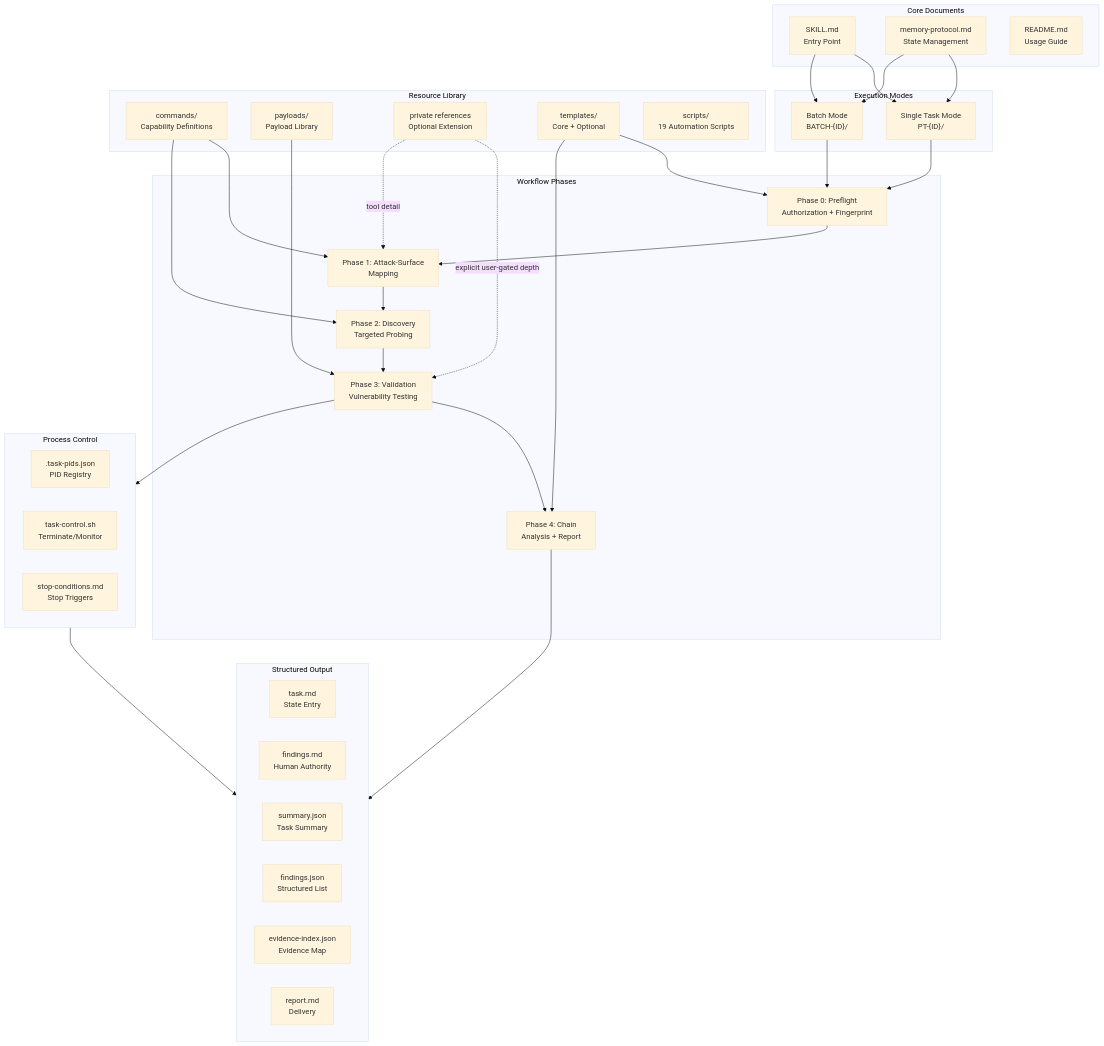
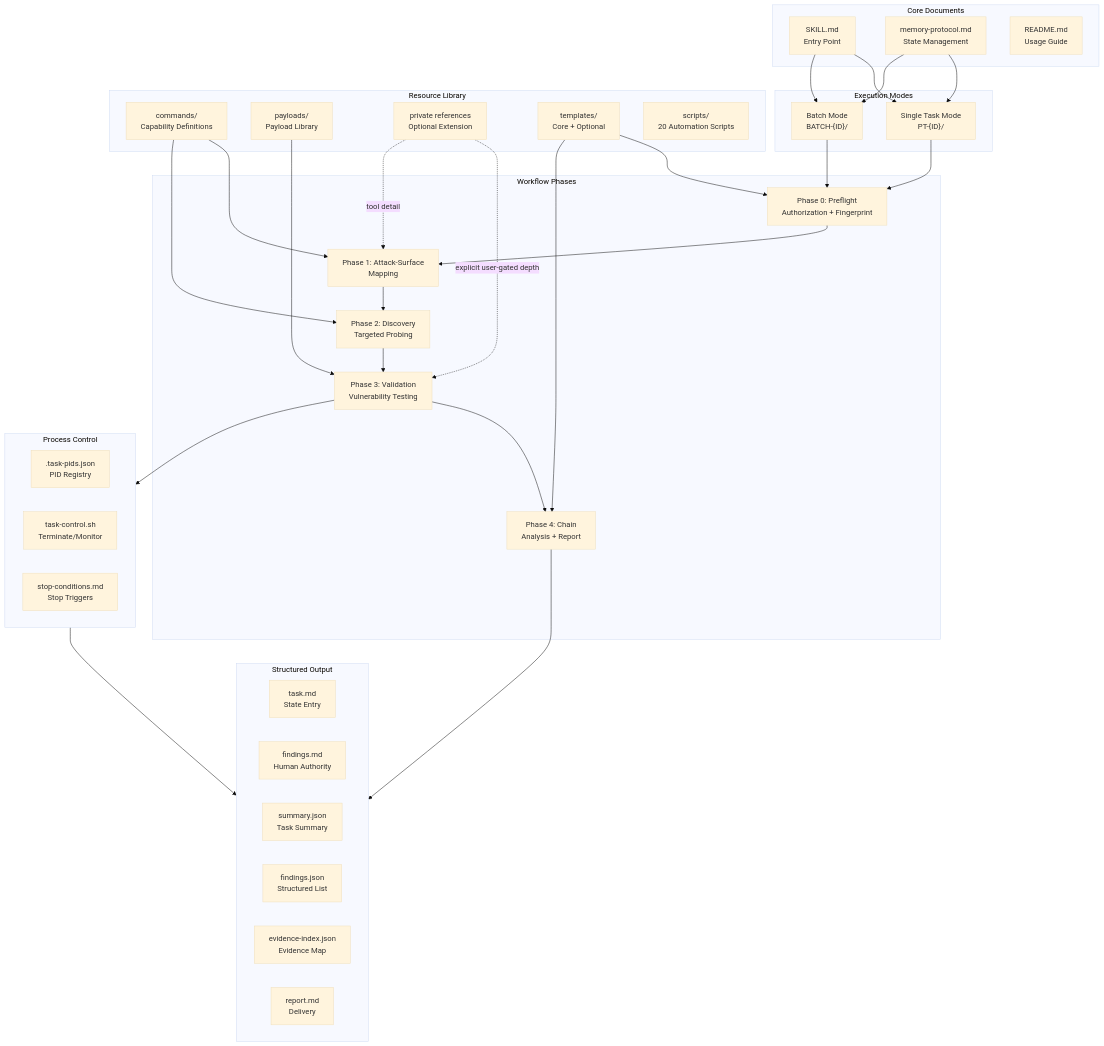
Before and after one commit to zhinan904/authorized-appsec: the first of 9 diagrams in ARCHITECTURE.md, drawn with Mermaid (base theme). The commit also changed other lines of this file and 33 other files, not shown here.

````diff
--- a/ARCHITECTURE.md
+++ b/ARCHITECTURE.md
@@ -9,66 +9,66 @@
 ```mermaid
 flowchart TB
     subgraph Core["Core Documents"]
         SKILL[SKILL.md<br/>Entry Point]
         MEM[memory-protocol.md<br/>State Management]
         README[README.md<br/>Usage Guide]
     end
 
     subgraph Execution["Execution Modes"]
         SINGLE["Single Task Mode<br/>PT-{ID}/"]
         BATCH["Batch Mode<br/>BATCH-{ID}/"]
     end
 
     subgraph Workflow["Workflow Phases"]
         P0[Phase 0: Preflight<br/>Authorization + Fingerprint]
         P1[Phase 1: Attack-Surface<br/>Mapping]
         P2[Phase 2: Discovery<br/>Targeted Probing]
         P3[Phase 3: Validation<br/>Vulnerability Testing]
         P4[Phase 4: Chain<br/>Analysis + Report]
     end
 
     subgraph Resources["Resource Library"]
         CMD[commands/<br/>Capability Definitions]
         PAY[payloads/<br/>Payload Library]
         REF[private references<br/>Optional Extension]
         TMP[templates/<br/>Core + Optional]
-        SCR[scripts/<br/>19 Automation Scripts]
+        SCR[scripts/<br/>20 Automation Scripts]
     end
 
     subgraph Control["Process Control"]
         TRACK[.task-pids.json<br/>PID Registry]
         TC[task-control.sh<br/>Terminate/Monitor]
         STOP[stop-conditions.md<br/>Stop Triggers]
     end
 
     subgraph Output["Structured Output"]
         TASK[task.md<br/>State Entry]
         FIND[findings.md<br/>Human Authority]
         SUM[summary.json<br/>Task Summary]
         FJ[findings.json<br/>Structured List]
         EV[evidence-index.json<br/>Evidence Map]
         REP[report.md<br/>Delivery]
     end
 
     SKILL --> SINGLE
     SKILL --> BATCH
     MEM --> SINGLE
     MEM --> BATCH
 
     SINGLE --> P0
     BATCH --> P0
     P0 --> P1 --> P2 --> P3 --> P4
 
     CMD --> P1
     CMD --> P2
     PAY --> P3
     REF -.->|explicit user-gated depth| P3
     REF -.->|tool detail| P1
     TMP --> P0
     TMP --> P4
 
     P3 --> Control
     Control --> Output
 
     P4 --> Output
 ```
````
